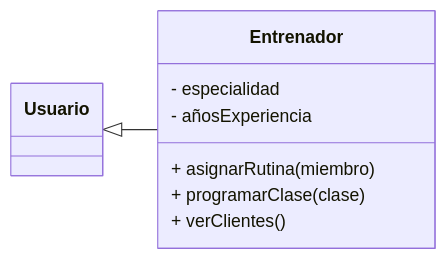
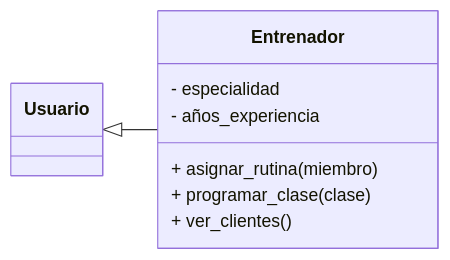
Before and after one commit to toonchavez8/Unir-Notes: the ninth of 16 diagrams in Maestría-Ingeniería-de-Software/02-Metologias-Desarollo-y-Calidad/Actividades/Actividad_01_Miguel_DeJesus_Chavez_Barragan.md, drawn with Mermaid. The commit also changed other lines of this file and 3 other files, not shown here.

````diff
--- a/Maestría-Ingeniería-de-Software/02-Metologias-Desarollo-y-Calidad/Actividades/Actividad_01_Miguel_DeJesus_Chavez_Barragan.md
+++ b/Maestría-Ingeniería-de-Software/02-Metologias-Desarollo-y-Calidad/Actividades/Actividad_01_Miguel_DeJesus_Chavez_Barragan.md
@@ -426,12 +420,12 @@
 ```mermaid
 classDiagram
 direction RL
  class Entrenador {
     - especialidad
-    - añosExperiencia
-    + asignarRutina(miembro)
-    + programarClase(clase)
-    + verClientes()
+    - años_experiencia
+    + asignar_rutina(miembro)
+    + programar_clase(clase)
+    + ver_clientes()
  }
  Entrenador --|> Usuario
 ```
````
